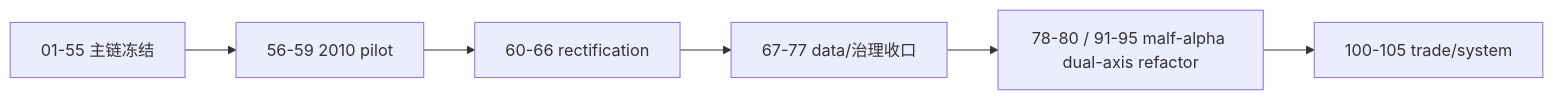
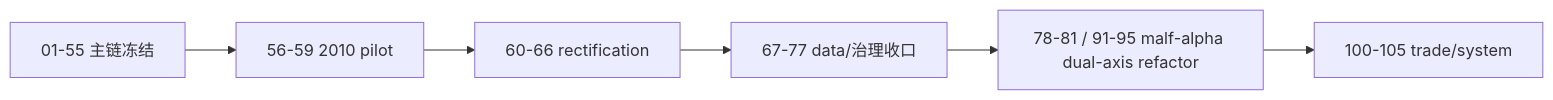
Before and after one commit to everything-is-simple/lifespan-0.01: the diagram in docs/03-execution/C-system-completion-ledger-20260409.md, drawn with Mermaid. The commit also changed other lines of this file and 17 other files, not shown here.

````diff
--- a/docs/03-execution/C-system-completion-ledger-20260409.md
+++ b/docs/03-execution/C-system-completion-ledger-20260409.md
@@ -28,8 +28,8 @@
 ```mermaid
 flowchart LR
     G01["01-55 主链冻结"] --> G56["56-59 2010 pilot"]
     G56 --> G60["60-66 rectification"]
     G60 --> G67["67-77 data/治理收口"]
-    G67 --> G78["78-80 / 91-95 malf-alpha dual-axis refactor"]
+    G67 --> G78["78-81 / 91-95 malf-alpha dual-axis refactor"]
     G78 --> NEXT["100-105 trade/system"]
 ```
````
